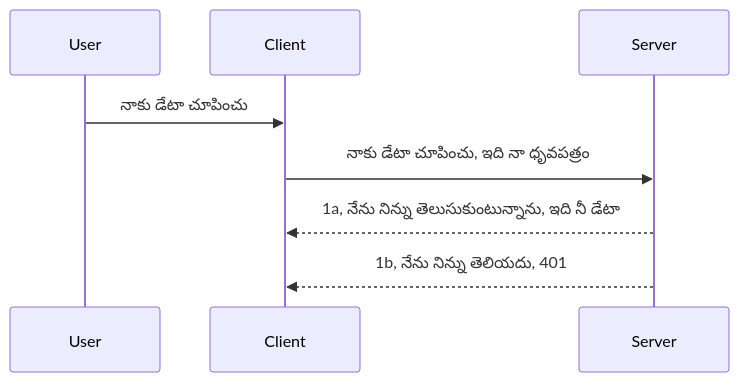
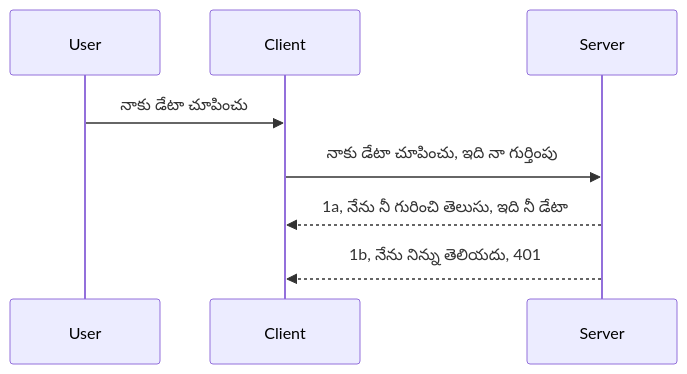
One commit to HIDORAKAI002/ai-workspace-archive changed the diagram in mcp_ecosystem__model_context_protocol/mcp_learning_resources/mcp-for-beginners/translations/te/03-GettingStarted/11-simple-auth/README.md. Above: the diagram before and after it, drawn with Mermaid. The commit also changed other lines of this file and 1160 other files, not shown here.

````diff
--- a/mcp_ecosystem__model_context_protocol/mcp_learning_resources/mcp-for-beginners/translations/te/03-GettingStarted/11-simple-auth/README.md
+++ b/mcp_ecosystem__model_context_protocol/mcp_learning_resources/mcp-for-beginners/translations/te/03-GettingStarted/11-simple-auth/README.md
@@ -24,11 +24,11 @@
 ```mermaid
 sequenceDiagram
    participant User
    participant Client
    participant Server
 
    User->>Client: నాకు డేటా చూపించు
-   Client->>Server: నాకు డేటా చూపించు, ఇది నా ధృవపత్రం
-   Server-->>Client: 1a, నేను నిన్ను తెలుసుకుంటున్నాను, ఇది నీ డేటా
+   Client->>Server: నాకు డేటా చూపించు, ఇది నా గుర్తింపు
+   Server-->>Client: 1a, నేను నీ గురించి తెలుసు, ఇది నీ డేటా
    Server-->>Client: 1b, నేను నిన్ను తెలియదు, 401 
 ```
````
